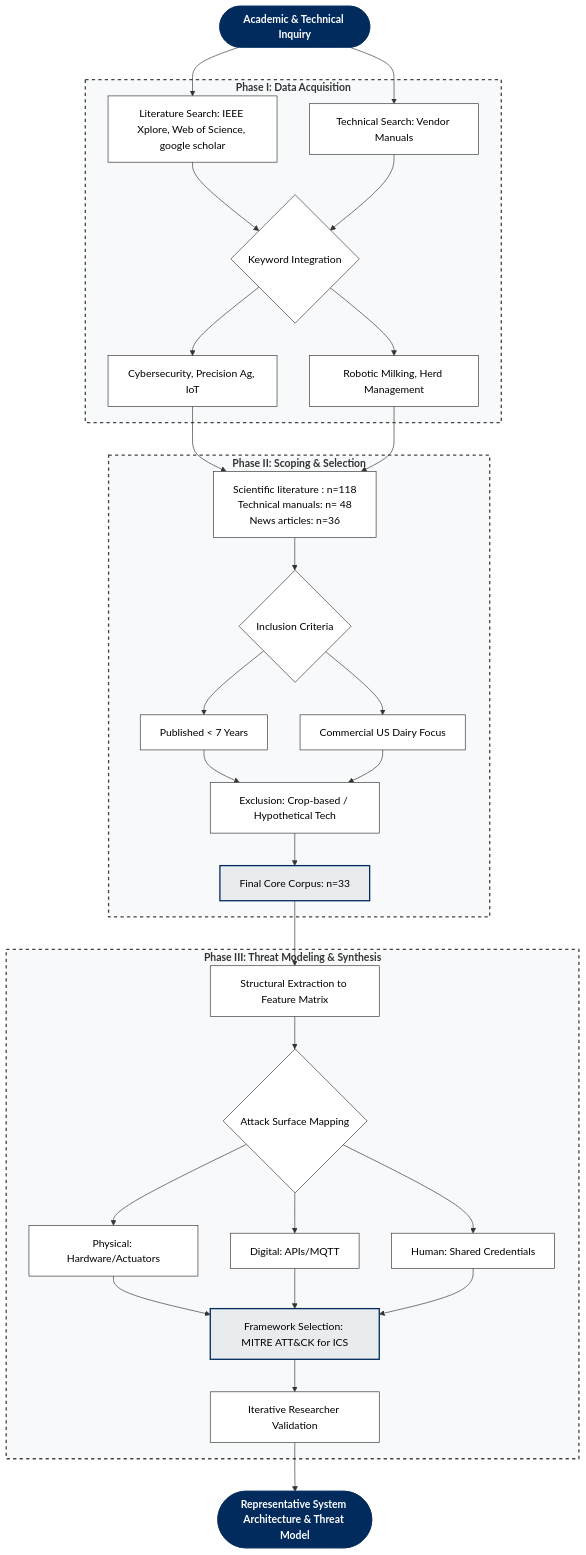
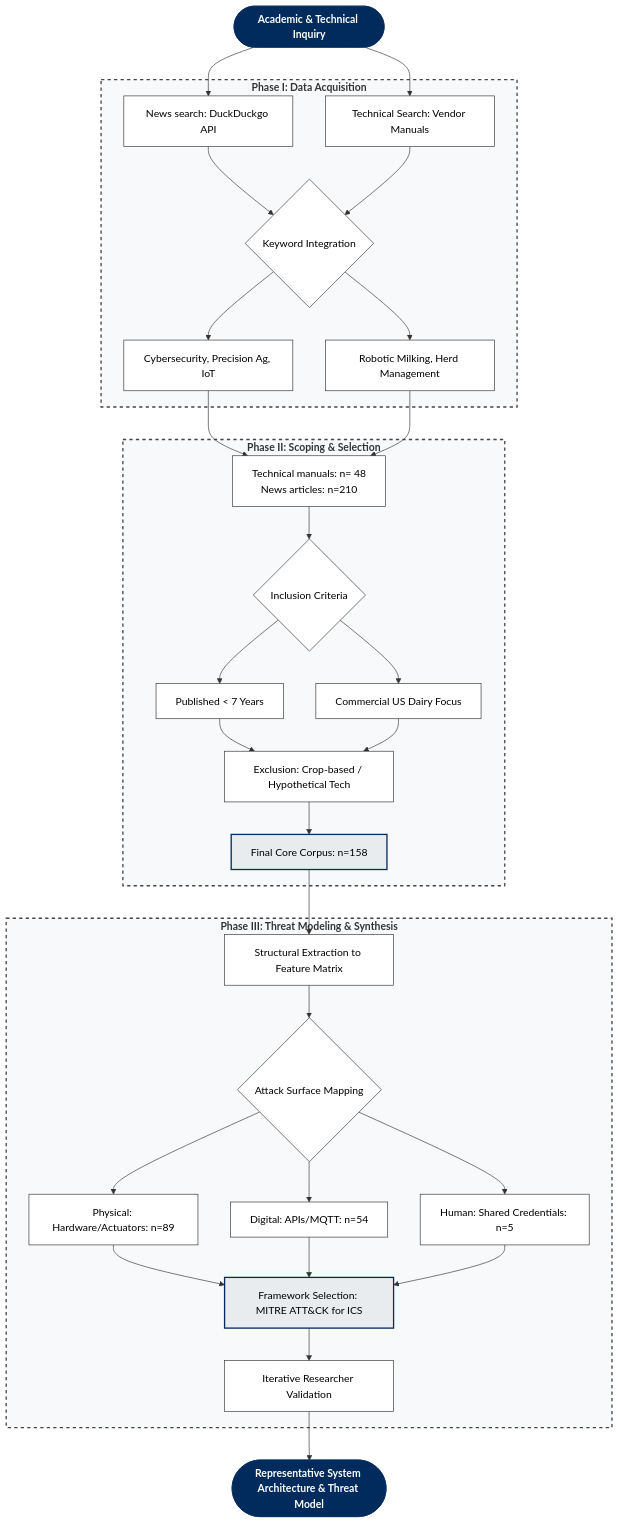
One commit to rajeshneupane7/cyber_codes changed the diagram in mermaid_images/methodolgy.md. Above: the diagram before and after it, drawn with Mermaid. The commit also changed 4 other files, not shown here.

````diff
--- a/mermaid_images/methodolgy.md
+++ b/mermaid_images/methodolgy.md
@@ -1,64 +1,65 @@
 ```mermaid 
 graph TD
     %% Node Definitions
     Start([Academic & Technical Inquiry])
     
     subgraph Phase1 [Phase I: Data Acquisition]
-        A[Literature Search: IEEE Xplore, Web of Science, google scholar]
+        A[ News search: DuckDuckgo API]
         B[Technical Search: Vendor Manuals]
         C{Keyword Integration}
         C1[Cybersecurity, Precision Ag, IoT]
         C2[Robotic Milking, Herd Management]
     end
 
     subgraph Phase2 [Phase II: Scoping & Selection]
-        D[Scientific literature : n=118
+        D[
          Technical manuals: n= 48
-          News articles: n=36  ]
+          News articles: n=210  ]
 
         E{Inclusion Criteria}
         E1[Published < 7 Years]
         E2[Commercial US Dairy Focus]
         F[Exclusion: Crop-based / Hypothetical Tech]
-        G[Final Core Corpus: n=33]
+        G[Final Core Corpus: n=158]
     end
 
     subgraph Phase3 [Phase III: Threat Modeling & Synthesis]
         H[Structural Extraction to Feature Matrix]
-        I{Attack Surface Mapping}
-        I1[Physical: Hardware/Actuators]
-        I2[Digital: APIs/MQTT]
-        I3[Human: Shared Credentials]
+        I{Attack Surface Mapping
+        }
+        I1[Physical: Hardware/Actuators: n=89]
+        I2[Digital: APIs/MQTT: n=54]
+        I3[Human: Shared Credentials: n=5]
         
         J[Framework Selection: MITRE ATT&CK for ICS]
         K[Iterative Researcher Validation]
     end
 
     Output([Representative System Architecture & Threat Model])
 
     %% Connections
     Start --> A & B
     A & B --> C
     C --> C1 & C2
     C1 & C2 --> D
     D --> E
     E --> E1 & E2
     E1 & E2 --> F
     F --> G
     G --> H
     H --> I
     I --> I1 & I2 & I3
     I1 & I2 & I3 --> J
     J --> K
     K --> Output
 
     %% Academic Styling
     classDef default fill:#ffffff,stroke:#333,stroke-width:1px,color:#000;
     classDef phase fill:#f8f9fa,stroke:#444,stroke-width:2px,stroke-dasharray: 5 5,font-weight:bold;
     classDef highlight fill:#e9ecef,stroke:#002b5c,stroke-width:2px;
     classDef terminal fill:#002b5c,stroke:#002b5c,color:#fff,font-weight:bold;
 
     class Phase1,Phase2,Phase3 phase;
     class G,J highlight;
     class Start,Output terminal;
 ```
````
